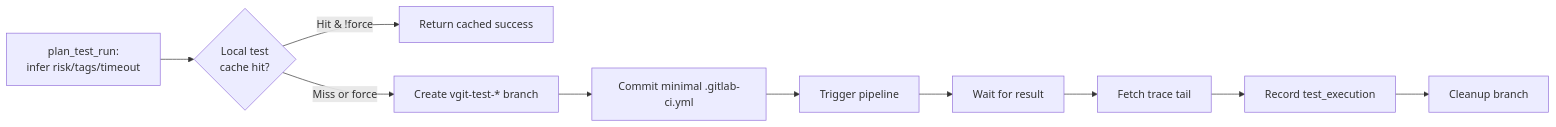
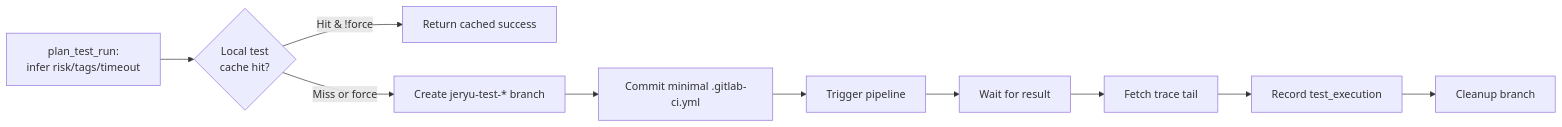
Before and after one commit to jeppsontaylor/JeRyu: the sixth of 7 diagrams in docs/ARCHITECTURE.md, drawn with Mermaid. The commit also changed other lines of this file and 224 other files, not shown here.

Commit message:
feat: complete JeRyu transition and architecture updates

````diff
--- a/docs/ARCHITECTURE.md
+++ b/docs/ARCHITECTURE.md
@@ -568,12 +578,12 @@
 ```mermaid
 flowchart LR
     Plan["plan_test_run:<br/>infer risk/tags/timeout"] --> CacheCheck{"Local test<br/>cache hit?"}
     CacheCheck -->|Hit & !force| Skip["Return cached success"]
-    CacheCheck -->|Miss or force| Branch["Create vgit-test-* branch"]
+    CacheCheck -->|Miss or force| Branch["Create jeryu-test-* branch"]
     Branch --> Commit["Commit minimal .gitlab-ci.yml"]
     Commit --> Trigger["Trigger pipeline"]
     Trigger --> Wait["Wait for result"]
     Wait --> Fetch["Fetch trace tail"]
     Fetch --> Record["Record test_execution"]
     Record --> Cleanup["Cleanup branch"]
 ```
````
